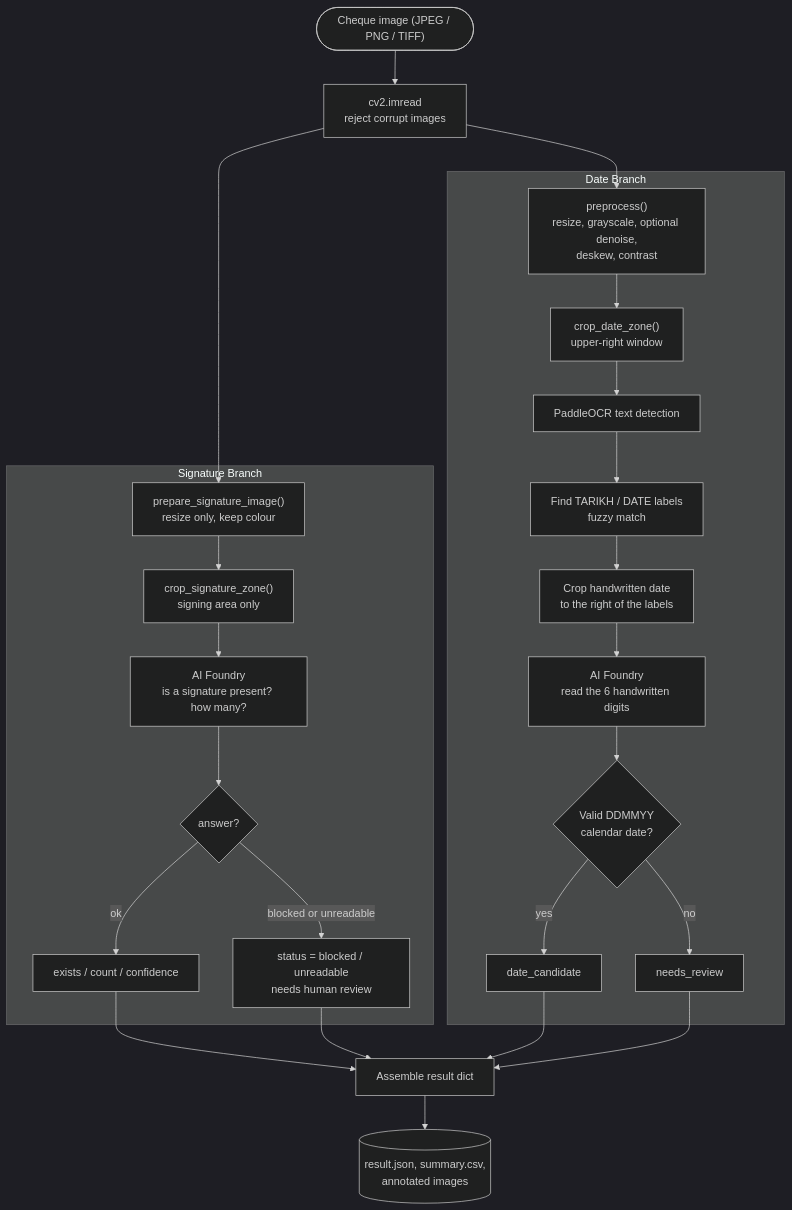
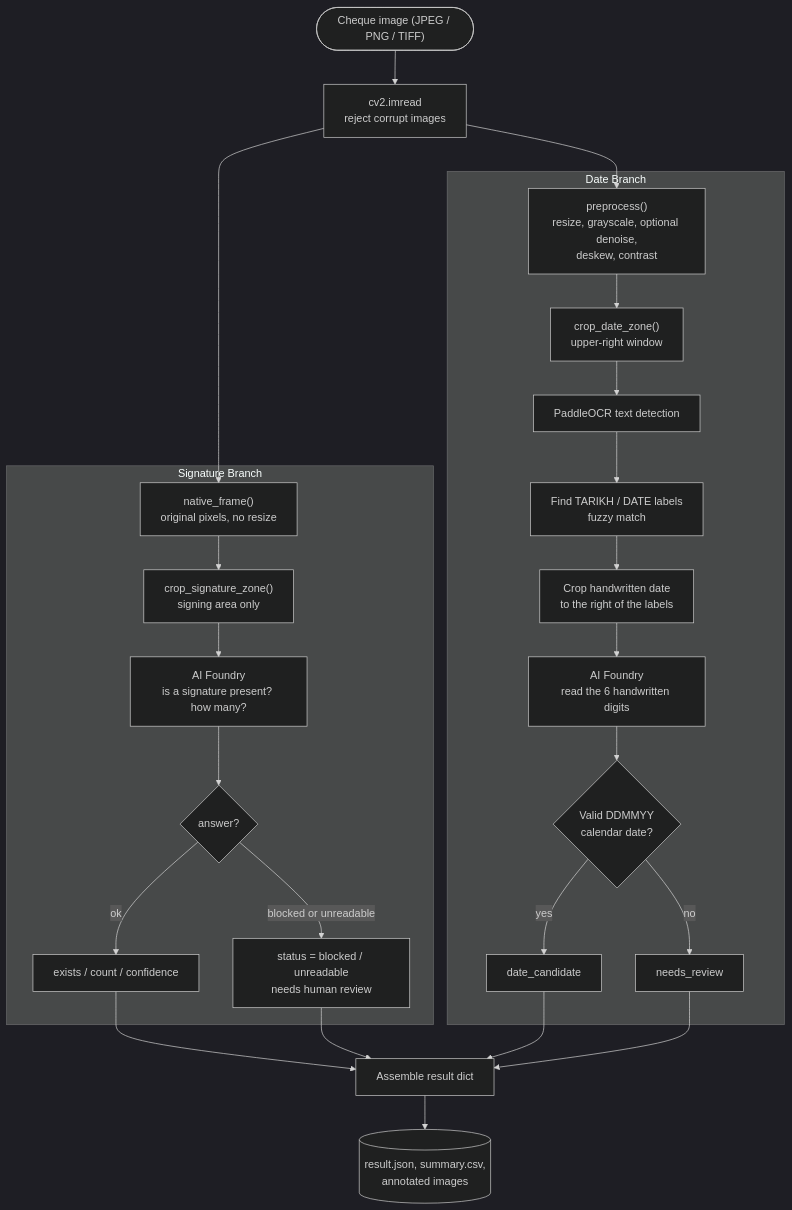
One commit to heyitssyakirrr/cheque-fraud-detection changed the second of 8 diagrams in README.md. Above: the diagram before and after it, drawn with Mermaid (dark theme). The commit also changed other lines of this file and 9 other files, not shown here.

````diff
--- a/README.md
+++ b/README.md
@@ -136,32 +136,32 @@
 ```mermaid
 flowchart TD
     A(["Cheque image (JPEG / PNG / TIFF)"]) --> B["cv2.imread<br/>reject corrupt images"]
 
     B --> C["preprocess()<br/>resize, grayscale, optional denoise,<br/>deskew, contrast"]
-    B --> D["prepare_signature_image()<br/>resize only, keep colour"]
+    B --> D["native_frame()<br/>original pixels, no resize"]
 
     subgraph SigBranch["Signature Branch"]
         D --> E["crop_signature_zone()<br/>signing area only"]
         E --> F["AI Foundry<br/>is a signature present? how many?"]
         F --> G{"answer?"}
         G -- "ok" --> H["exists / count / confidence"]
         G -- "blocked or unreadable" --> I["status = blocked / unreadable<br/>needs human review"]
     end
 
     subgraph DateBranch["Date Branch"]
         C --> J["crop_date_zone()<br/>upper-right window"]
         J --> K["PaddleOCR text detection"]
         K --> L["Find TARIKH / DATE labels<br/>fuzzy match"]
         L --> M["Crop handwritten date<br/>to the right of the labels"]
         M --> O["AI Foundry<br/>read the 6 handwritten digits"]
         O --> P{"Valid DDMMYY<br/>calendar date?"}
         P -- yes --> Q["date_candidate"]
         P -- no --> R["needs_review"]
     end
 
     H --> S["Assemble result dict"]
     I --> S
     Q --> S
     R --> S
     S --> T[("result.json, summary.csv,<br/>annotated images")]
 ```
````
